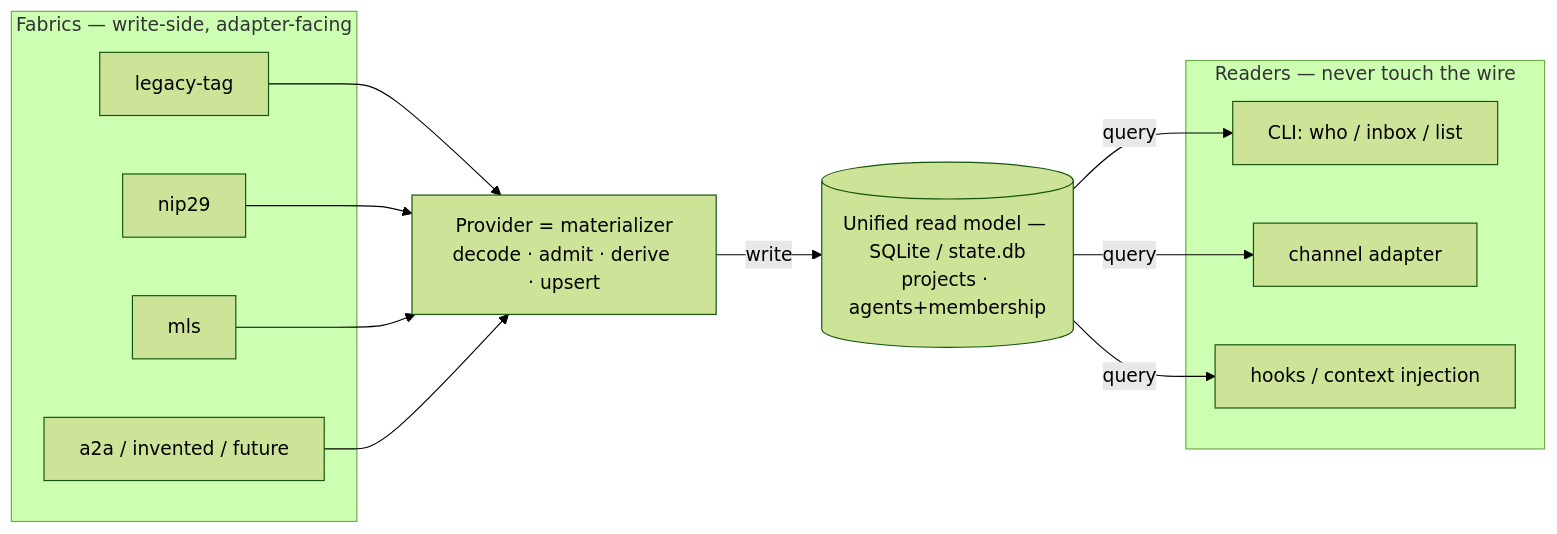
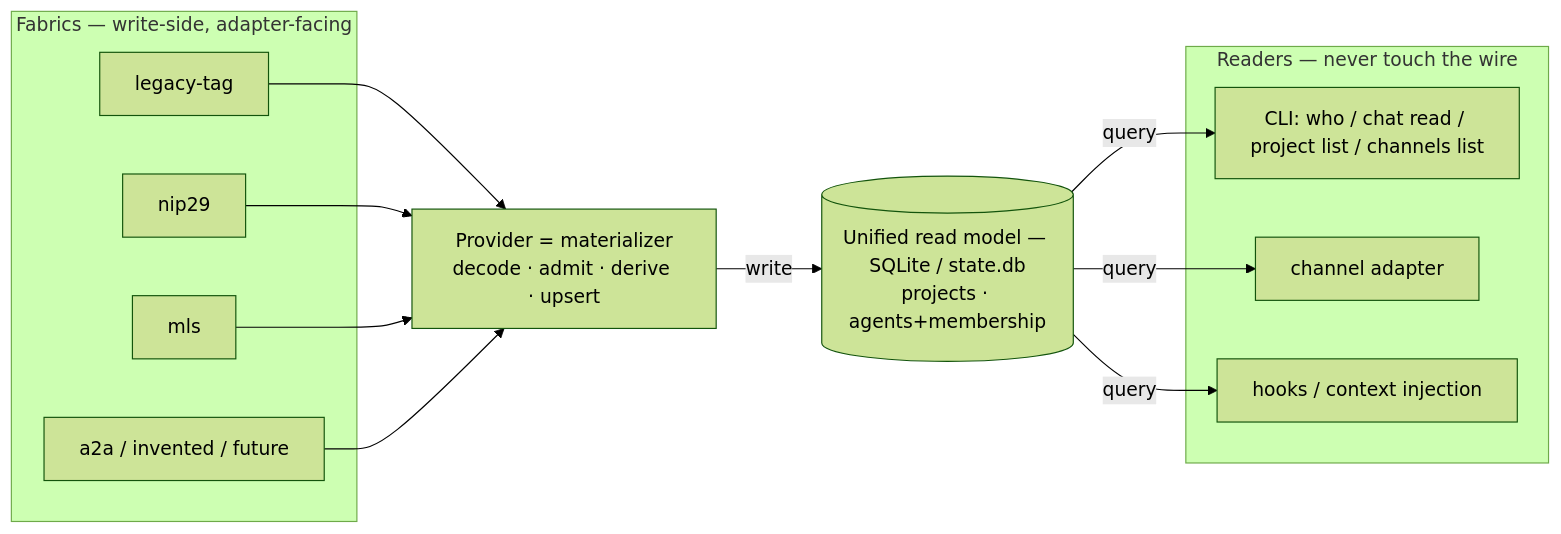
The second of 6 diagrams in docs/fabric-architecture.md (pablof7z/mosaico), drawn with Mermaid (forest theme) before and after one commit. The commit also changed other lines of this file and 35 other files, not shown here.

````diff
--- a/docs/fabric-architecture.md
+++ b/docs/fabric-architecture.md
@@ -134,24 +135,24 @@
 ```mermaid
 flowchart LR
     subgraph FABRICS["Fabrics — write-side, adapter-facing"]
         F1["legacy-tag"]
         F2["nip29"]
         F3["mls"]
         F4["a2a / invented / future"]
     end
     MAT["Provider = materializer<br/>decode · admit · derive · upsert"]
     STORE[("Unified read model — SQLite / state.db<br/>projects · agents+membership")]
     subgraph READERS["Readers — never touch the wire"]
-        R1["CLI: who / inbox / list"]
+        R1["CLI: who / chat read / project list / channels list"]
         R2["channel adapter"]
         R3["hooks / context injection"]
     end
     F1 --> MAT
     F2 --> MAT
     F3 --> MAT
     F4 --> MAT
     MAT -- write --> STORE
     STORE -- query --> R1
     STORE -- query --> R2
     STORE -- query --> R3
 ```
````
